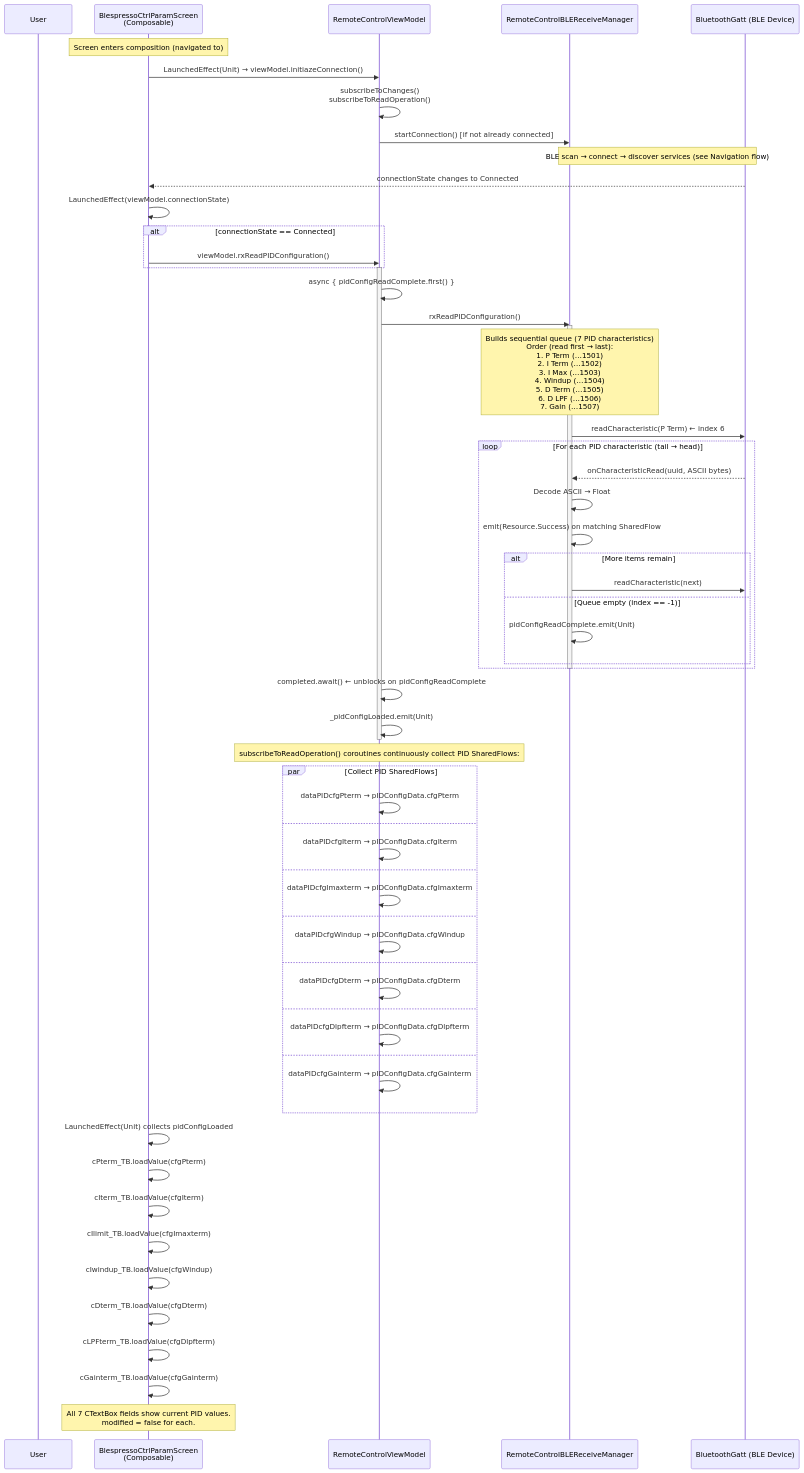
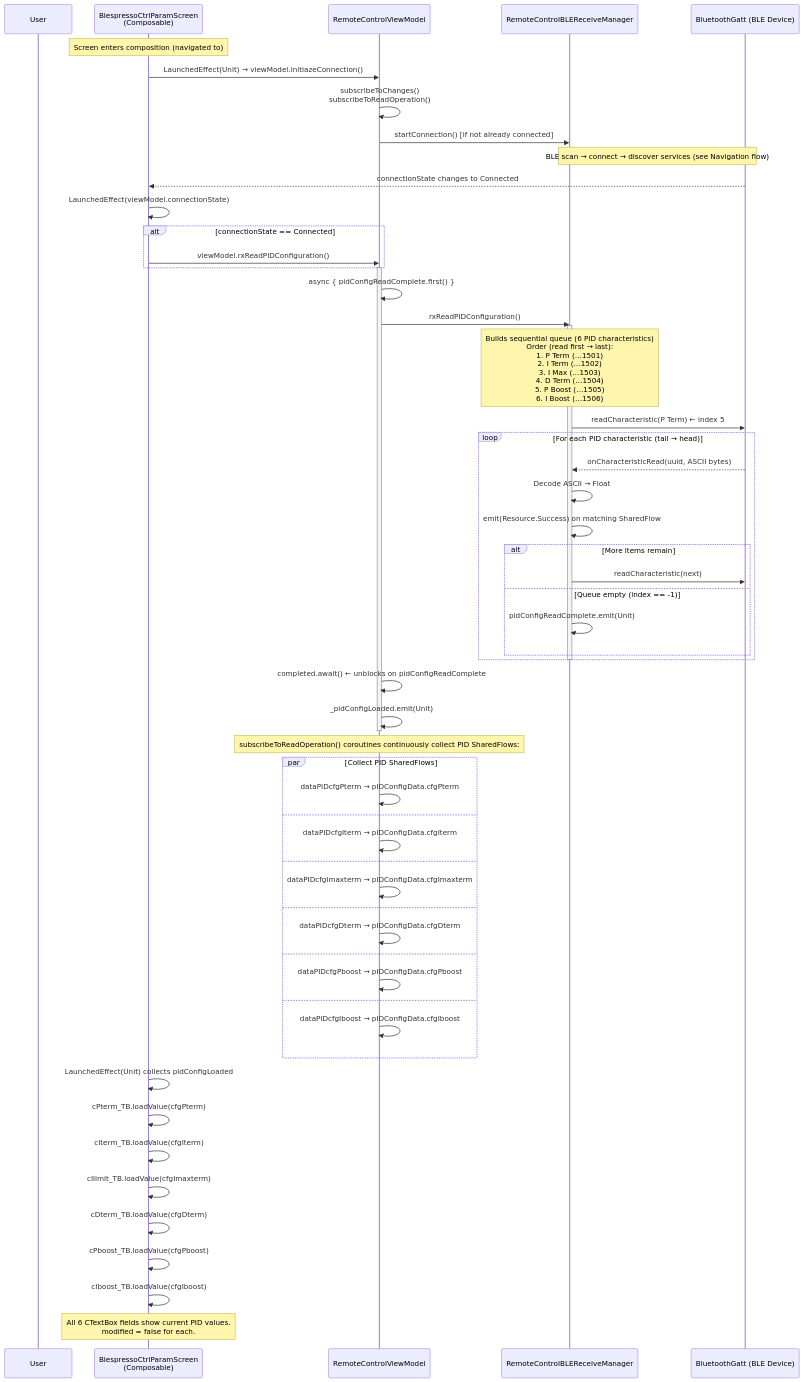
One commit to FranciscoGomezR/BLEspresso_app changed the first of 2 diagrams in docs/architecture/flows/controller-param-read/README.md. Above: the diagram before and after it, drawn with Mermaid. The commit also changed other lines of this file and 15 other files, not shown here.

Commit message:
Controller page updated to match new GATT service for PID controller on the MCU side. Still TODO is to update the GATT service for brew configuration.

````diff
--- a/docs/architecture/flows/controller-param-read/README.md
+++ b/docs/architecture/flows/controller-param-read/README.md
@@ -14,77 +14,74 @@
 ```mermaid
 sequenceDiagram
     participant User
     participant Screen as BlespressoCtrlParamScreen<br/>(Composable)
     participant VM as RemoteControlViewModel
     participant BLEMgr as RemoteControlBLEReceiveManager
     participant GATT as BluetoothGatt (BLE Device)
 
     Note over Screen: Screen enters composition (navigated to)
 
     Screen->>VM: LaunchedEffect(Unit) → viewModel.initiazeConnection()
     VM->>VM: subscribeToChanges()<br/>subscribeToReadOperation()
     VM->>BLEMgr: startConnection() [if not already connected]
 
     Note over BLEMgr,GATT: BLE scan → connect → discover services (see Navigation flow)
 
     GATT-->>Screen: connectionState changes to Connected
     Screen->>Screen: LaunchedEffect(viewModel.connectionState)
     alt connectionState == Connected
         Screen->>VM: viewModel.rxReadPIDConfiguration()
     end
 
     activate VM
     VM->>VM: async { pidConfigReadComplete.first() }
     VM->>BLEMgr: rxReadPIDConfiguration()
     activate BLEMgr
 
-    Note over BLEMgr: Builds sequential queue (7 PID characteristics)<br/>Order (read first → last):<br/>1. P Term  (…1501)<br/>2. I Term  (…1502)<br/>3. I Max   (…1503)<br/>4. Windup  (…1504)<br/>5. D Term  (…1505)<br/>6. D LPF   (…1506)<br/>7. Gain    (…1507)
+    Note over BLEMgr: Builds sequential queue (6 PID characteristics)<br/>Order (read first → last):<br/>1. P Term   (…1501)<br/>2. I Term   (…1502)<br/>3. I Max    (…1503)<br/>4. D Term   (…1504)<br/>5. P Boost  (…1505)<br/>6. I Boost  (…1506)
 
-    BLEMgr->>GATT: readCharacteristic(P Term) ← index 6
+    BLEMgr->>GATT: readCharacteristic(P Term) ← index 5
 
     loop For each PID characteristic (tail → head)
         GATT-->>BLEMgr: onCharacteristicRead(uuid, ASCII bytes)
         BLEMgr->>BLEMgr: Decode ASCII → Float
         BLEMgr->>BLEMgr: emit(Resource.Success) on matching SharedFlow
         alt More items remain
             BLEMgr->>GATT: readCharacteristic(next)
         else Queue empty (index == -1)
             BLEMgr->>BLEMgr: pidConfigReadComplete.emit(Unit)
         end
     end
 
     deactivate BLEMgr
 
     VM->>VM: completed.await() ← unblocks on pidConfigReadComplete
     VM->>VM: _pidConfigLoaded.emit(Unit)
     deactivate VM
 
     Note over VM: subscribeToReadOperation() coroutines continuously collect PID SharedFlows:
 
     par Collect PID SharedFlows
         VM->>VM: dataPIDcfgPterm   → pIDConfigData.cfgPterm
     and
         VM->>VM: dataPIDcfgIterm   → pIDConfigData.cfgIterm
     and
         VM->>VM: dataPIDcfgImaxterm → pIDConfigData.cfgImaxterm
     and
-        VM->>VM: dataPIDcfgWindup  → pIDConfigData.cfgWindup
-    and
         VM->>VM: dataPIDcfgDterm   → pIDConfigData.cfgDterm
     and
-        VM->>VM: dataPIDcfgDlpfterm → pIDConfigData.cfgDlpfterm
+        VM->>VM: dataPIDcfgPboost  → pIDConfigData.cfgPboost
     and
-        VM->>VM: dataPIDcfgGainterm → pIDConfigData.cfgGainterm
+        VM->>VM: dataPIDcfgIboost  → pIDConfigData.cfgIboost
     end
 
     Screen->>Screen: LaunchedEffect(Unit) collects pidConfigLoaded
     Screen->>Screen: cPterm_TB.loadValue(cfgPterm)
     Screen->>Screen: cIterm_TB.loadValue(cfgIterm)
     Screen->>Screen: cIlimit_TB.loadValue(cfgImaxterm)
-    Screen->>Screen: cIwindup_TB.loadValue(cfgWindup)
     Screen->>Screen: cDterm_TB.loadValue(cfgDterm)
-    Screen->>Screen: cLPFterm_TB.loadValue(cfgDlpfterm)
-    Screen->>Screen: cGainterm_TB.loadValue(cfgGainterm)
+    Screen->>Screen: cPboost_TB.loadValue(cfgPboost)
+    Screen->>Screen: cIboost_TB.loadValue(cfgIboost)
 
-    Note over Screen: All 7 CTextBox fields show current PID values.<br/>modified = false for each.
+    Note over Screen: All 6 CTextBox fields show current PID values.<br/>modified = false for each.
 ```
````
